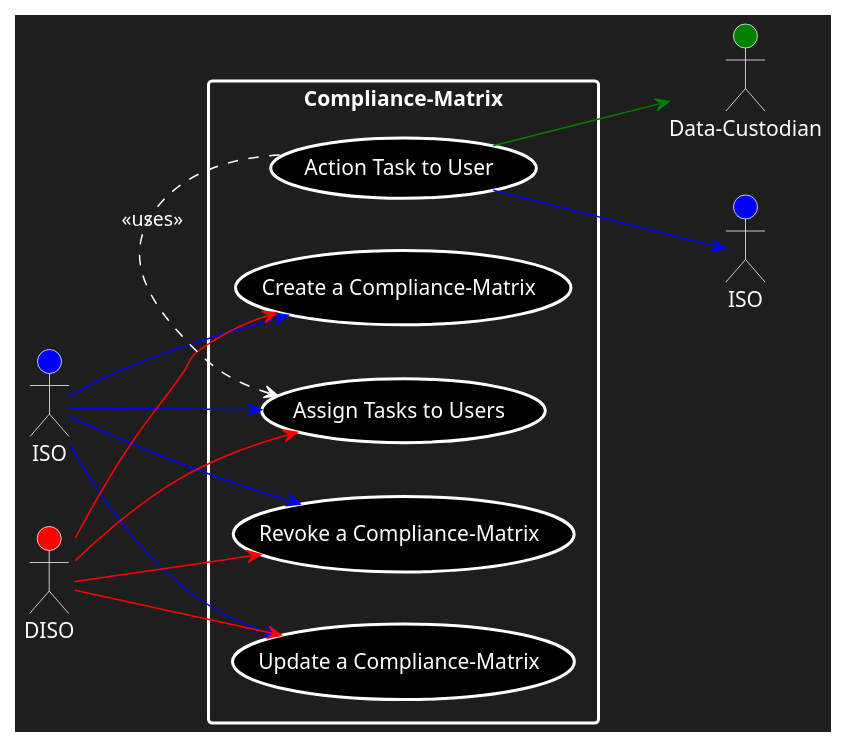
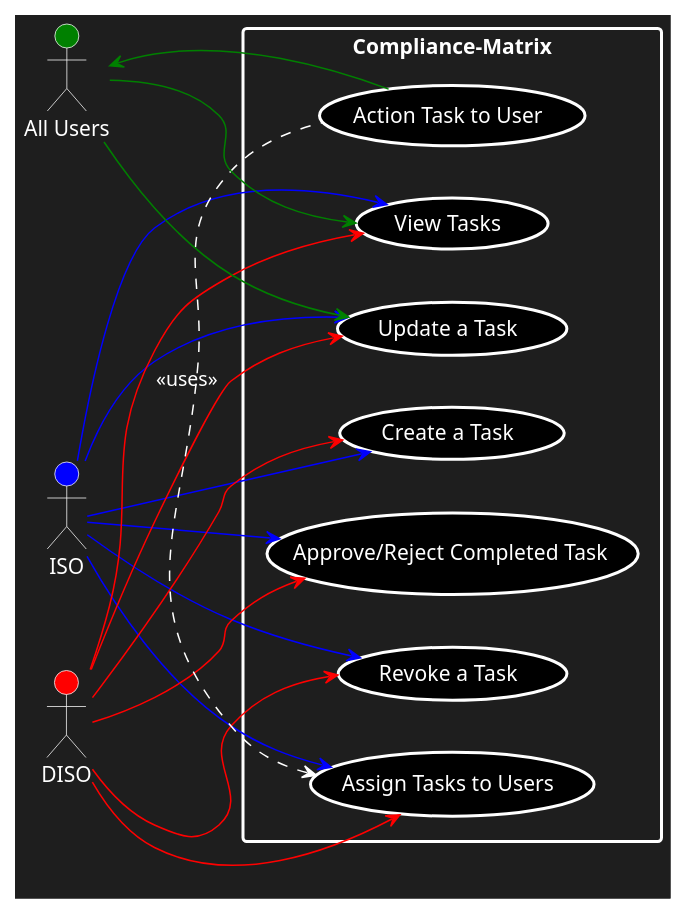
The diagram in Documentation/Diagrams/Compliance-Matrix.puml (COS301-SE-2023/InfoSafe), drawn with PlantUML before and after one commit.

Commit message:
Updated Comp-Matrix UC diagram

```diff
--- a/Documentation/Diagrams/Compliance-Matrix.puml
+++ b/Documentation/Diagrams/Compliance-Matrix.puml
@@ -1,26 +1,32 @@
 @startuml
 skinparam backgroundColor #1e1e1e
 left to right direction
-actor "Data-Custodian" as dc #green;text:white;line:white
 actor "ISO" as iso #blue;text:white;line:white
-actor "ISO" as iso2 #blue;text:white;line:white
 actor "DISO" as diso #red;text:white;line:white
+actor "All Users" as all #green;text:white;line:white
 rectangle Compliance-Matrix #text:white;line.bold;line:white {
-  usecase "Create a Compliance-Matrix" as UC1 #black;text:white;line.bold;line:white
-  usecase "Update a Compliance-Matrix" as UC2 #black;text:white;line.bold;line:white
-  usecase "Revoke a Compliance-Matrix" as UC3 #black;text:white;line.bold;line:white
+  usecase "Create a Task" as UC1 #black;text:white;line.bold;line:white
+  usecase "Update a Task" as UC2 #black;text:white;line.bold;line:white
+  usecase "Revoke a Task" as UC3 #black;text:white;line.bold;line:white
   usecase "Assign Tasks to Users" as UC4 #black;text:white;line.bold;line:white
   usecase "Action Task to User" as UC5 #black;text:white;line.bold;line:white
+  usecase "View Tasks" as UC6 #black;text:white;line.bold;line:white
+  usecase "Approve/Reject Completed Task" as UC7 #black;text:white;line.bold;line:white
 }
 iso -[#blue]-> UC1
 iso -[#blue]-> UC2
 iso -[#blue]-> UC3
 iso -[#blue]-> UC4
+iso -[#blue]-> UC6
+iso -[#blue]-> UC7
 diso -[#red]-> UC1
 diso -[#red]-> UC2
 diso -[#red]-> UC3
 diso -[#red]-> UC4
-UC5 -[#green]-> dc
-UC5 -[#blue]-> iso2
+diso -[#red]-> UC6
+diso -[#red]-> UC7
 UC4 <. (UC5) #line:white;text:white : <<uses>>
+all -[#green]-> UC6
+all -[#green]-> UC2
+UC5 -[#green]-> all
 @enduml
```
